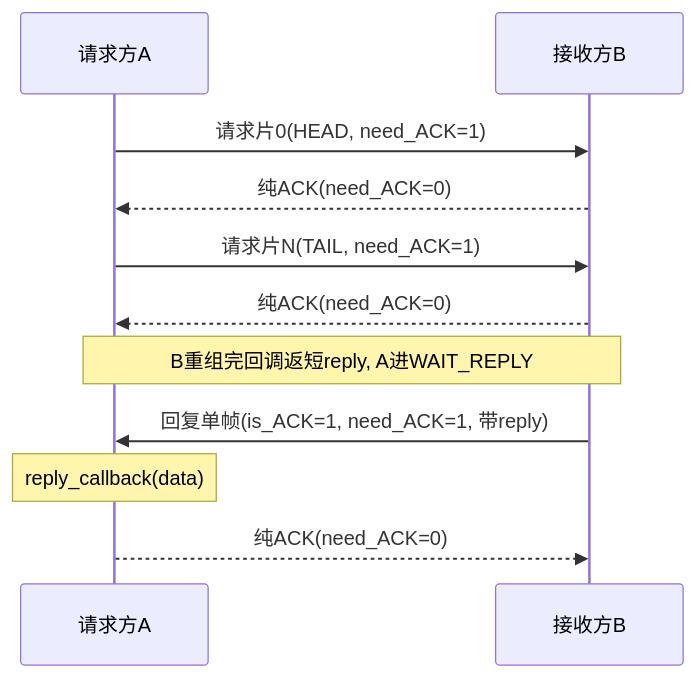
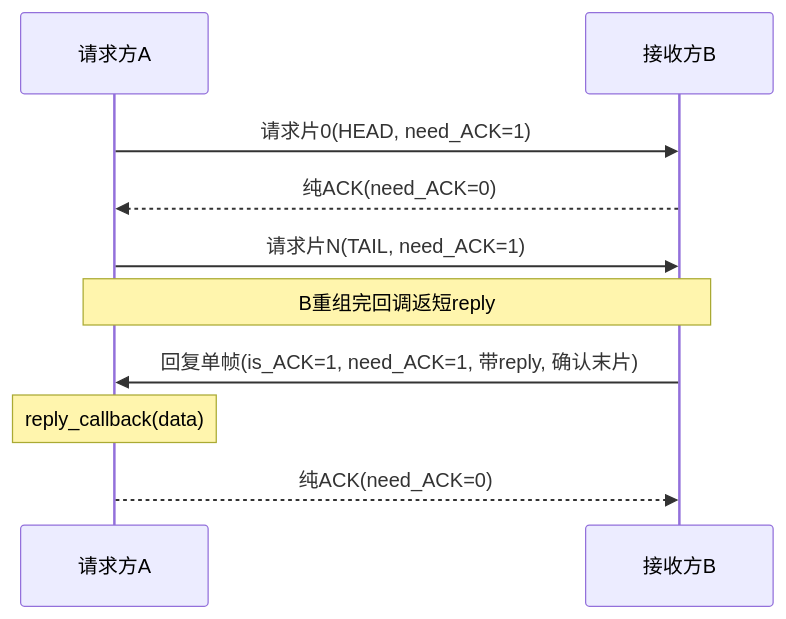
The fifth of 13 diagrams in 工作/项目/代码/260401S3分拣面板-SIA-R9000P.md (Siaiai/ObsidianNote), drawn with Mermaid before and after one commit. The commit also changed other lines of this file, not shown here.

````diff
--- a/工作/项目/代码/260401S3分拣面板-SIA-R9000P.md
+++ b/工作/项目/代码/260401S3分拣面板-SIA-R9000P.md
@@ -161,13 +159,12 @@
 ```mermaid
 sequenceDiagram
     participant A as 请求方A
     participant B as 接收方B
     A->>B: 请求片0(HEAD, need_ACK=1)
     B-->>A: 纯ACK(need_ACK=0)
     A->>B: 请求片N(TAIL, need_ACK=1)
-    B-->>A: 纯ACK(need_ACK=0)
-    Note over A,B: B重组完回调返短reply, A进WAIT_REPLY
-    B->>A: 回复单帧(is_ACK=1, need_ACK=1, 带reply)
+    Note over A,B: B重组完回调返短reply
+    B->>A: 回复单帧(is_ACK=1, need_ACK=1, 带reply, 确认末片)
     Note over A: reply_callback(data)
     A-->>B: 纯ACK(need_ACK=0)
 ```
````
